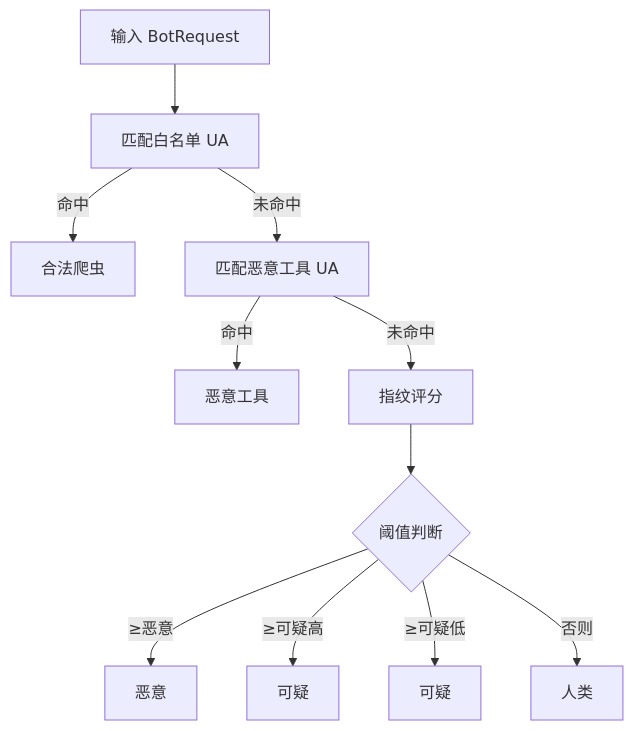
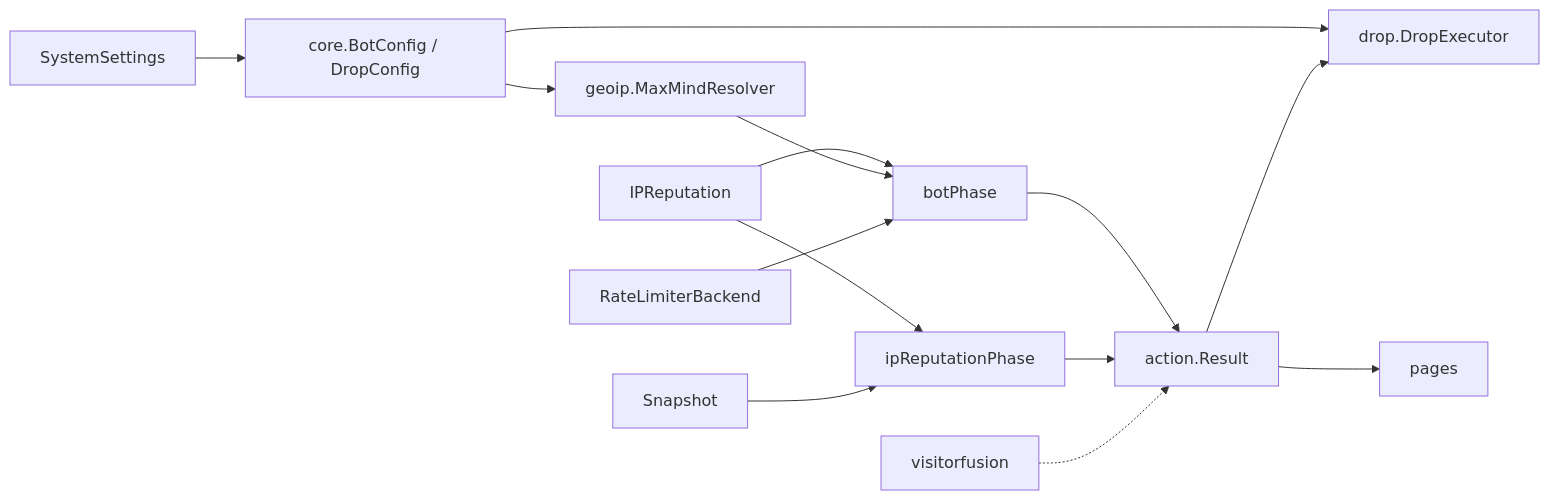
One commit to x01n/My-OpenWaf changed the fourth of 4 diagrams in docs/安全防护功能/安全防护功能.md. Above: the diagram before and after it, drawn with Mermaid. The commit also changed other lines of this file and 622 other files, not shown here.

````diff
--- a/docs/安全防护功能/安全防护功能.md
+++ b/docs/安全防护功能/安全防护功能.md
@@ -373,13 +346,16 @@
 ```mermaid
-flowchart TD
-A["输入 BotRequest"] --> B["匹配白名单 UA"]
-B --> |命中| Good["合法爬虫"]
-B --> |未命中| C["匹配恶意工具 UA"]
-C --> |命中| Mal["恶意工具"]
-C --> |未命中| D["指纹评分"]
-D --> E{"阈值判断"}
-E --> |≥恶意| Mal2["恶意"]
-E --> |≥可疑高| SusHigh["可疑"]
-E --> |≥可疑低| SusLow["可疑"]
-E --> |否则| Human["人类"]
+graph LR
+  CFG["core.BotConfig / DropConfig"] --> GEO["geoip.MaxMindResolver"]
+  CFG --> DEX["drop.DropExecutor"]
+  SET["SystemSettings"] --> CFG
+  IP["IPReputation"] --> BOTP["botPhase"]
+  GEO --> BOTP
+  RLIF["RateLimiterBackend"] --> BOTP
+  IP --> REPP["ipReputationPhase"]
+  SNAP["Snapshot"] --> REPP
+  BOTP --> RES["action.Result"]
+  REPP --> RES
+  RES --> DEX
+  RES --> PG["pages"]
+  VF["visitorfusion"] -.-> RES
 ```
````
